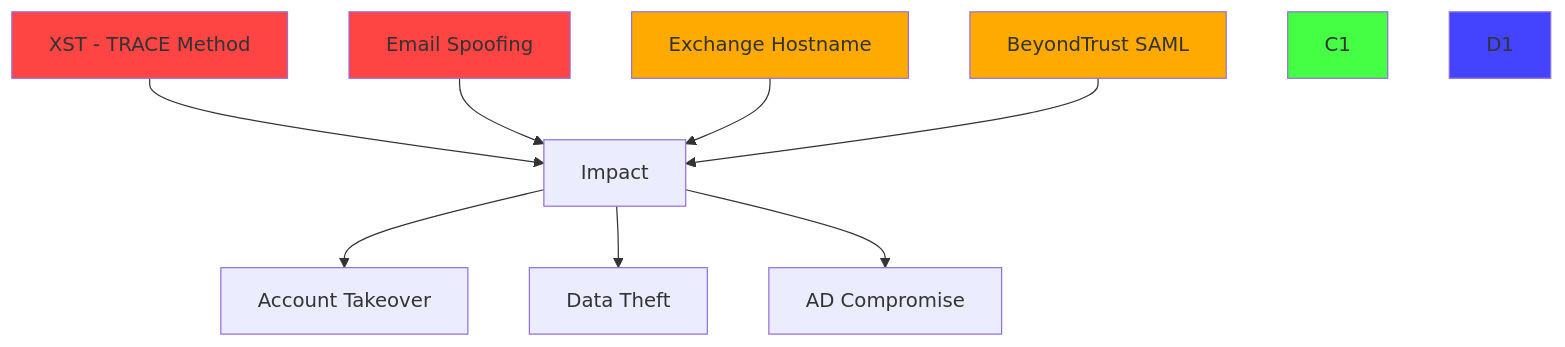
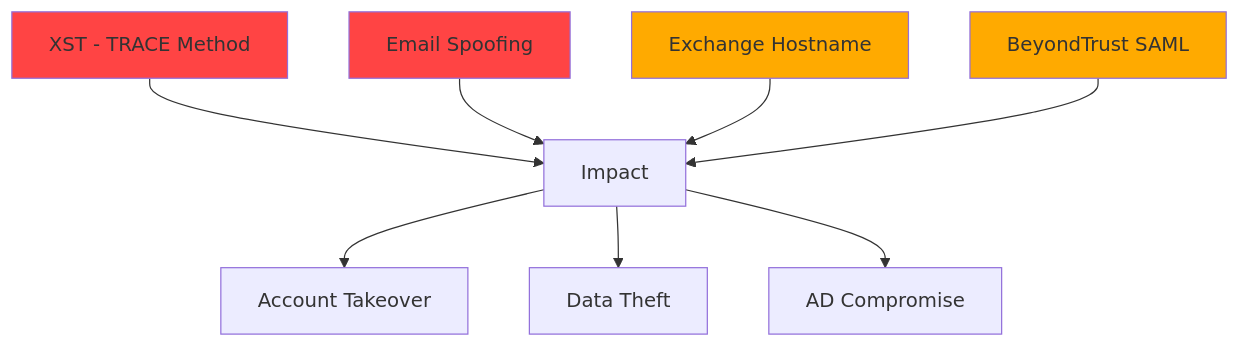
One commit to ykrishhh/ou-hunt-report changed the third of 4 diagrams in README.md. Above: the diagram before and after it, drawn with Mermaid.

Commit message:
clean: remove dangling style refs in Findings Severity diagram

````diff
--- a/README.md
+++ b/README.md
@@ -52,17 +52,15 @@
 ```mermaid
 graph TD
     A1[XST - TRACE Method] --> E[Impact]
     A2[Email Spoofing] --> E
     B1[Exchange Hostname] --> E
     B2[BeyondTrust SAML] --> E
     E --> F[Account Takeover]
     E --> G[Data Theft]
     E --> H[AD Compromise]
 
     style A1 fill:#ff4444
     style A2 fill:#ff4444
     style B1 fill:#ffaa00
     style B2 fill:#ffaa00
-    style C1 fill:#44ff44
-    style D1 fill:#4444ff
 ```
````
